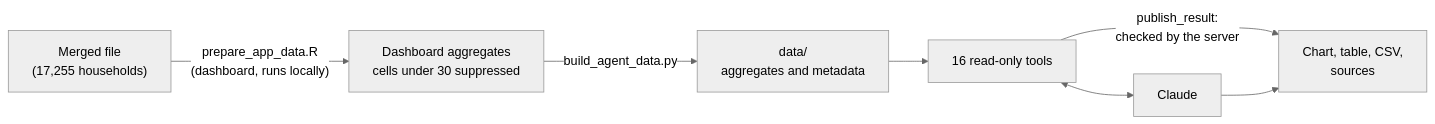
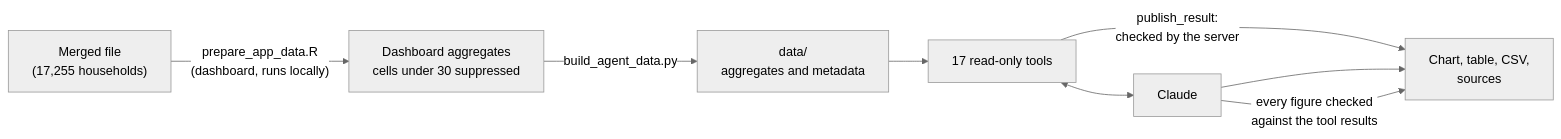
Before and after one commit to Abson-dev/wfp-chad-data-assistant: the diagram in README.md, drawn with Mermaid (neutral theme). The commit also changed other lines of this file and 18 other files, not shown here.

````diff
--- a/README.md
+++ b/README.md
@@ -46,9 +46,10 @@
 ```mermaid
 flowchart LR
   A["Merged file<br/>(17,255 households)"] -->|"prepare_app_data.R<br/>(dashboard, runs locally)"| B["Dashboard aggregates<br/>cells under 30 suppressed"]
   B -->|"build_agent_data.py"| C["data/<br/>aggregates and metadata"]
-  C --> D["16 read-only tools"]
+  C --> D["17 read-only tools"]
   D <--> E["Claude"]
   D -->|"publish_result:<br/>checked by the server"| F["Chart, table, CSV,<br/>sources"]
   E --> F
+  E -->|"every figure checked<br/>against the tool results"| F
 ```
````
